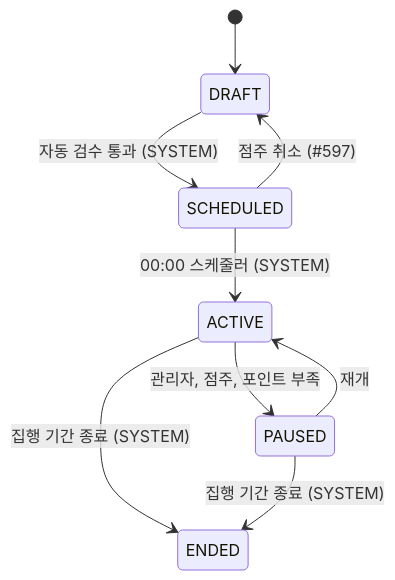
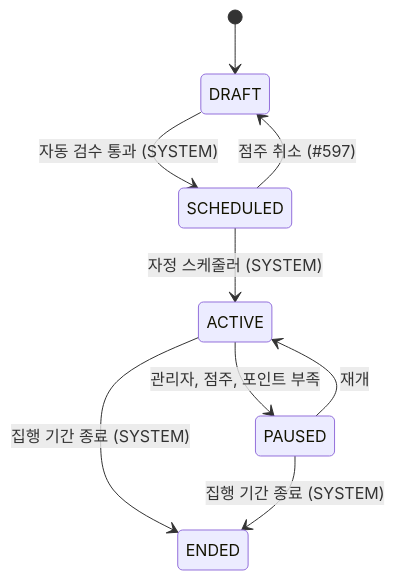
Before and after one commit to lunch-catch/lc-backend: the second of 4 diagrams in docs/design/campaign/campaign_구조와_동작_설계.md, drawn with Mermaid. The commit also changed 3 other files, not shown here.

Commit message:
[Docs] campaign 설계 문서에서 코드와 어긋난 설명과 물결표 표기, 깨진 다이어그램을 고친다

````diff
--- a/docs/design/campaign/campaign_구조와_동작_설계.md
+++ b/docs/design/campaign/campaign_구조와_동작_설계.md
@@ -132,11 +132,11 @@
 ```mermaid
 stateDiagram-v2
     [*] --> DRAFT
     DRAFT --> SCHEDULED: 자동 검수 통과 (SYSTEM)
     SCHEDULED --> DRAFT: 점주 취소 (#597)
-    SCHEDULED --> ACTIVE: 00:00 스케줄러 (SYSTEM)
+    SCHEDULED --> ACTIVE: 자정 스케줄러 (SYSTEM)
     ACTIVE --> PAUSED: 관리자, 점주, 포인트 부족
     PAUSED --> ACTIVE: 재개
     ACTIVE --> ENDED: 집행 기간 종료 (SYSTEM)
     PAUSED --> ENDED: 집행 기간 종료 (SYSTEM)
 ```
````
